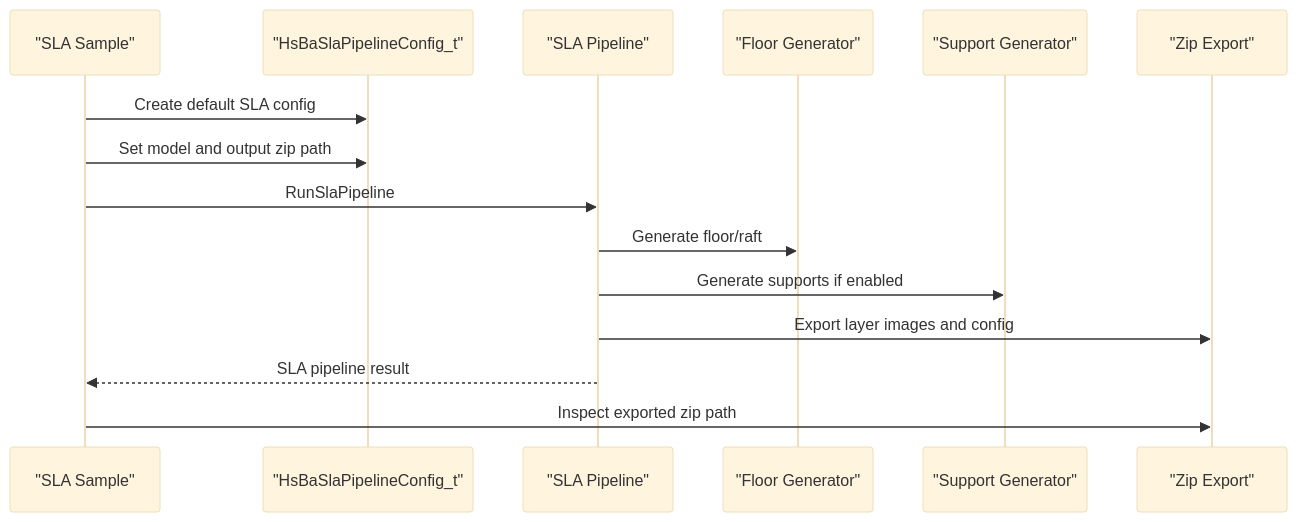
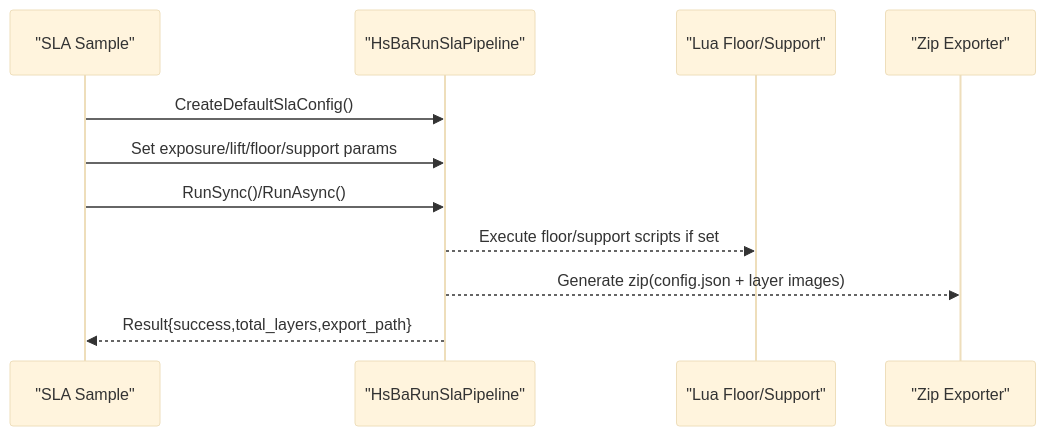
One commit to hsmbanlance/HsBaSlicer changed the fifth of 12 diagrams in .qoder/repowiki/en/content/Examples & Samples/Examples & Samples.md. Above: the diagram before and after it, drawn with Mermaid (base theme). The commit also changed other lines of this file and 1095 other files, not shown here.

````diff
--- a/.qoder/repowiki/en/content/Examples & Samples/Examples & Samples.md
+++ b/.qoder/repowiki/en/content/Examples & Samples/Examples & Samples.md
@@ -228,17 +252,13 @@
 ```mermaid
 sequenceDiagram
-participant Sample as "SLA Sample"
-participant Config as "HsBaSlaPipelineConfig_t"
-participant Pipeline as "SLA Pipeline"
-participant Floor as "Floor Generator"
-participant Support as "Support Generator"
-participant Export as "Zip Export"
-Sample->>Config : Create default SLA config
-Sample->>Config : Set model and output zip path
-Sample->>Pipeline : RunSlaPipeline
-Pipeline->>Floor : Generate floor/raft
-Pipeline->>Support : Generate supports if enabled
-Pipeline->>Export : Export layer images and config
-Pipeline-->>Sample : SLA pipeline result
-Sample->>Export : Inspect exported zip path
+participant App as "SLA Sample"
+participant API as "HsBaRunSlaPipeline"
+participant Lua as "Lua Floor/Support"
+participant Zip as "Zip Exporter"
+App->>API : CreateDefaultSlaConfig()
+App->>API : Set exposure/lift/floor/support params
+App->>API : RunSync()/RunAsync()
+API-->>Lua : Execute floor/support scripts if set
+API-->>Zip : Generate zip(config.json + layer images)
+API-->>App : Result{success,total_layers,export_path}
 ```
````
